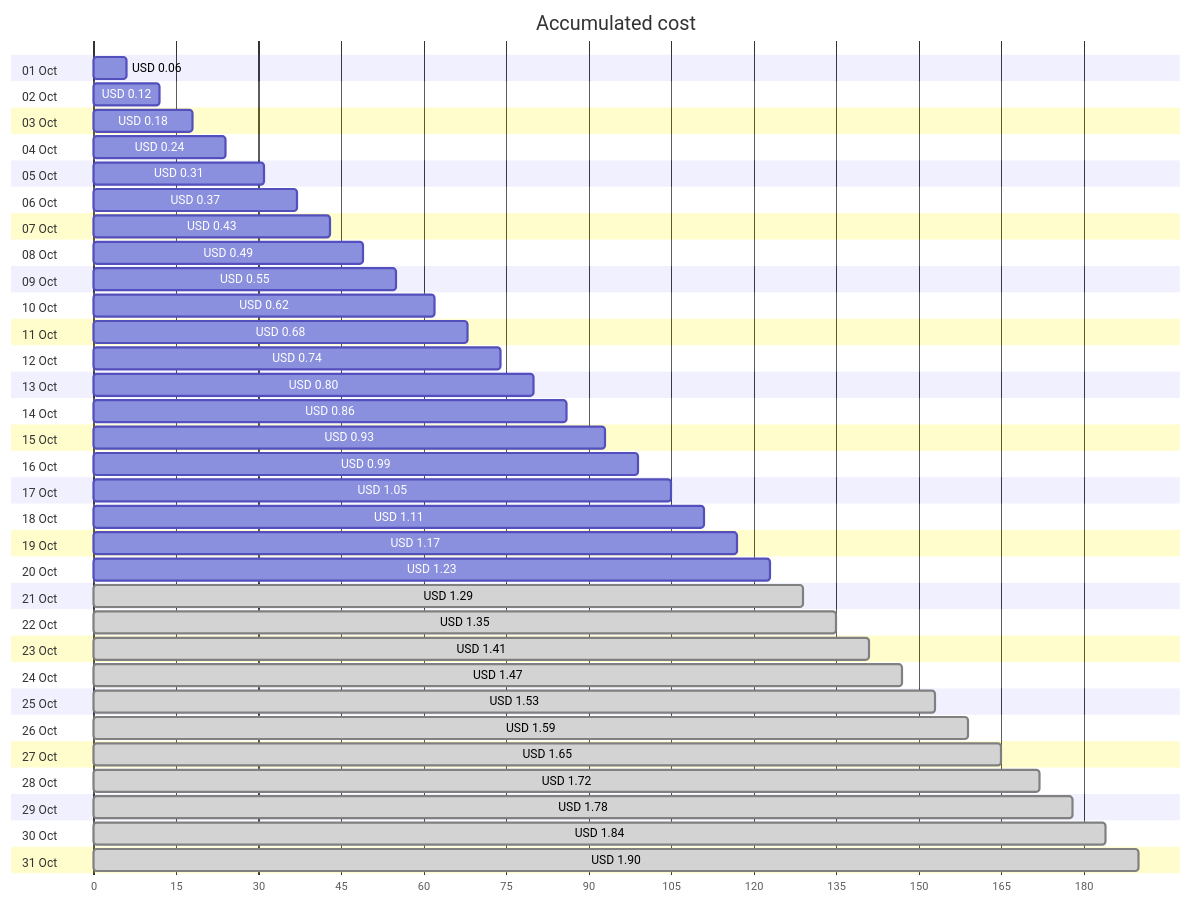
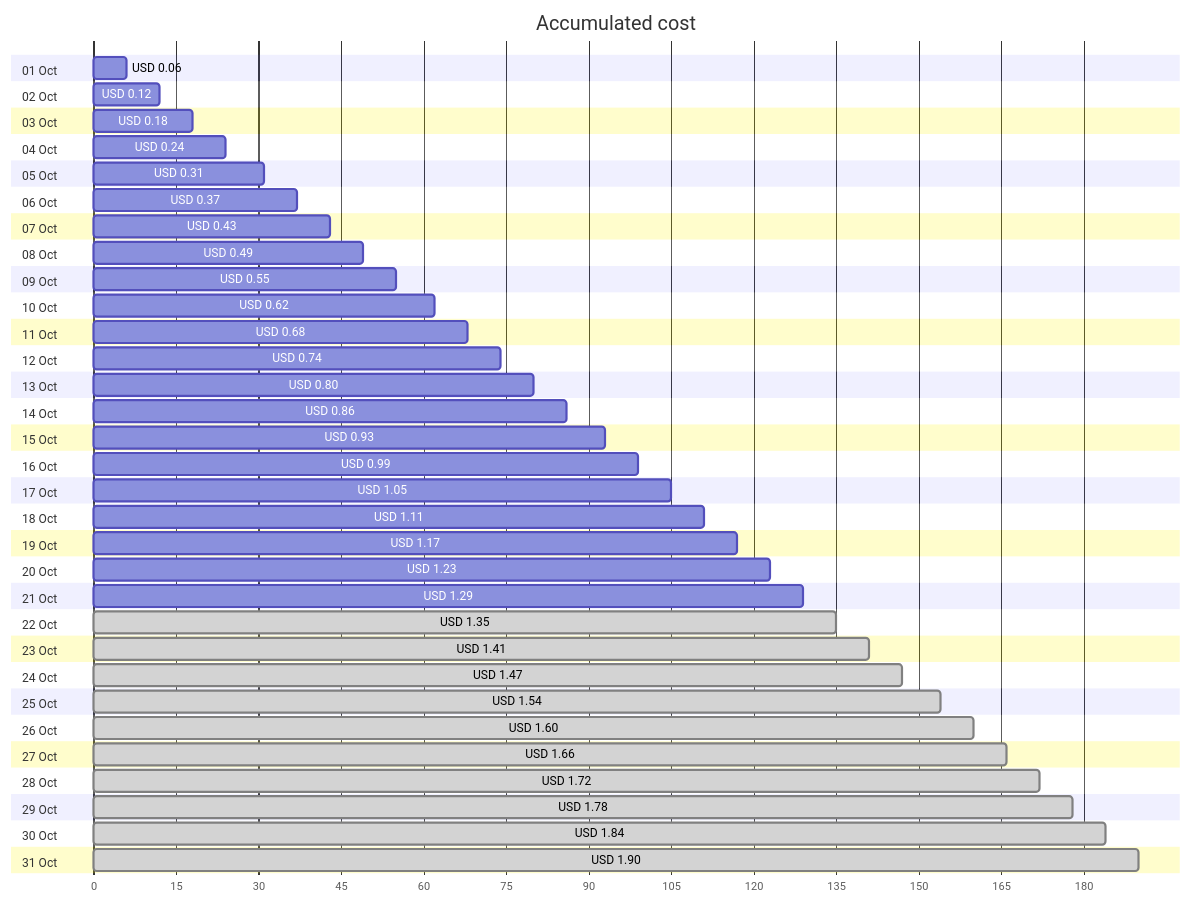
Before and after one commit to jpfulton/azure-personal-reports: the first of 4 diagrams in cost-reports/personal-network/backup-server_OsDisk.md, drawn with Mermaid. The commit also changed other lines of this file and 8 other files, not shown here.

````diff
--- a/cost-reports/personal-network/backup-server_OsDisk.md
+++ b/cost-reports/personal-network/backup-server_OsDisk.md
@@ -20,68 +20,68 @@
 ```mermaid
 gantt
    title Accumulated cost
    dateFormat  X
    axisFormat %s
    section 01 Oct
    USD 0.06 :0, 6
    section 02 Oct
    USD 0.12 :0, 12
    section 03 Oct
    USD 0.18 :0, 18
    section 04 Oct
    USD 0.24 :0, 24
    section 05 Oct
    USD 0.31 :0, 31
    section 06 Oct
    USD 0.37 :0, 37
    section 07 Oct
    USD 0.43 :0, 43
    section 08 Oct
    USD 0.49 :0, 49
    section 09 Oct
    USD 0.55 :0, 55
    section 10 Oct
    USD 0.62 :0, 62
    section 11 Oct
    USD 0.68 :0, 68
    section 12 Oct
    USD 0.74 :0, 74
    section 13 Oct
    USD 0.80 :0, 80
    section 14 Oct
    USD 0.86 :0, 86
    section 15 Oct
    USD 0.93 :0, 93
    section 16 Oct
    USD 0.99 :0, 99
    section 17 Oct
    USD 1.05 :0, 105
    section 18 Oct
    USD 1.11 :0, 111
    section 19 Oct
    USD 1.17 :0, 117
    section 20 Oct
    USD 1.23 :0, 123
    section 21 Oct
-   USD 1.29 : done, 0, 129
+   USD 1.29 :0, 129
    section 22 Oct
    USD 1.35 : done, 0, 135
    section 23 Oct
    USD 1.41 : done, 0, 141
    section 24 Oct
    USD 1.47 : done, 0, 147
    section 25 Oct
-   USD 1.53 : done, 0, 153
+   USD 1.54 : done, 0, 154
    section 26 Oct
-   USD 1.59 : done, 0, 159
+   USD 1.60 : done, 0, 160
    section 27 Oct
-   USD 1.65 : done, 0, 165
+   USD 1.66 : done, 0, 166
    section 28 Oct
    USD 1.72 : done, 0, 172
    section 29 Oct
    USD 1.78 : done, 0, 178
    section 30 Oct
    USD 1.84 : done, 0, 184
    section 31 Oct
    USD 1.90 : done, 0, 190
 ```
````
